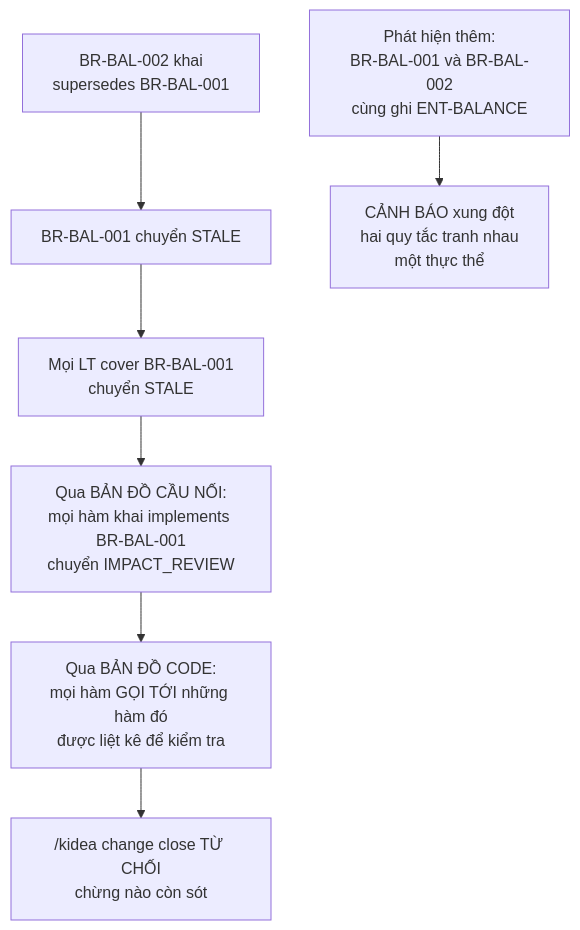
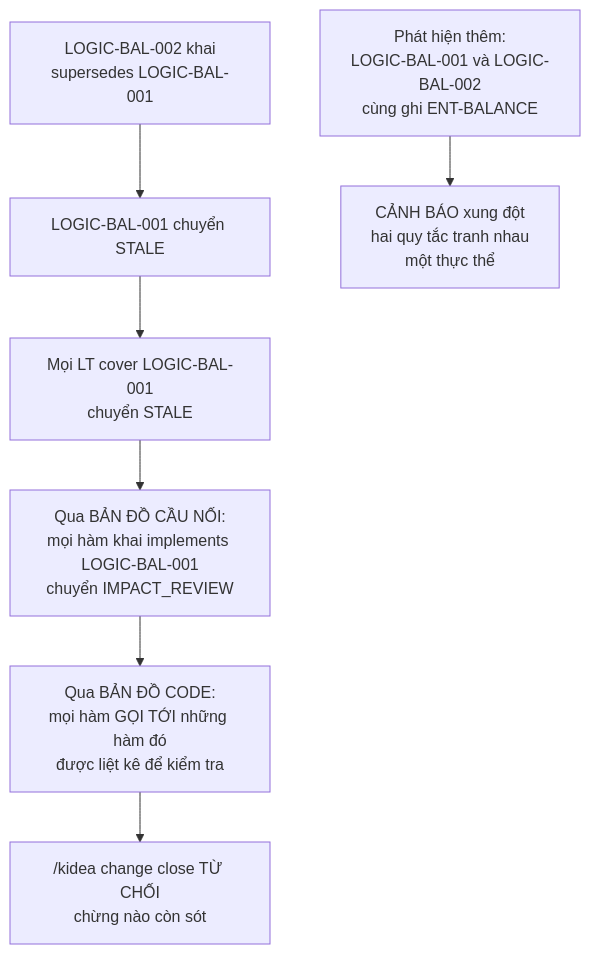
The second of 7 diagrams in design/01-BO-MAY.md (Kynderis/kendrick-ai-tools), drawn with Mermaid before and after one commit. The commit also changed other lines of this file and 4 other files, not shown here.

````diff
--- a/design/01-BO-MAY.md
+++ b/design/01-BO-MAY.md
@@ -294,9 +294,9 @@
 ```mermaid
 flowchart TD
-    A["BR-BAL-002 khai<br/>supersedes BR-BAL-001"] --> B["BR-BAL-001 chuyển STALE"]
-    C["Phát hiện thêm:<br/>BR-BAL-001 và BR-BAL-002<br/>cùng ghi ENT-BALANCE"] --> D["CẢNH BÁO xung đột<br/>hai quy tắc tranh nhau<br/>một thực thể"]
-    B --> E["Mọi LT cover BR-BAL-001<br/>chuyển STALE"]
-    E --> F["Qua BẢN ĐỒ CẦU NỐI:<br/>mọi hàm khai implements BR-BAL-001<br/>chuyển IMPACT_REVIEW"]
+    A["LOGIC-BAL-002 khai<br/>supersedes LOGIC-BAL-001"] --> B["LOGIC-BAL-001 chuyển STALE"]
+    C["Phát hiện thêm:<br/>LOGIC-BAL-001 và LOGIC-BAL-002<br/>cùng ghi ENT-BALANCE"] --> D["CẢNH BÁO xung đột<br/>hai quy tắc tranh nhau<br/>một thực thể"]
+    B --> E["Mọi LT cover LOGIC-BAL-001<br/>chuyển STALE"]
+    E --> F["Qua BẢN ĐỒ CẦU NỐI:<br/>mọi hàm khai implements LOGIC-BAL-001<br/>chuyển IMPACT_REVIEW"]
     F --> G["Qua BẢN ĐỒ CODE:<br/>mọi hàm GỌI TỚI những hàm đó<br/>được liệt kê để kiểm tra"]
     G --> H["/kidea change close TỪ CHỐI<br/>chừng nào còn sót"]
 ```
````
